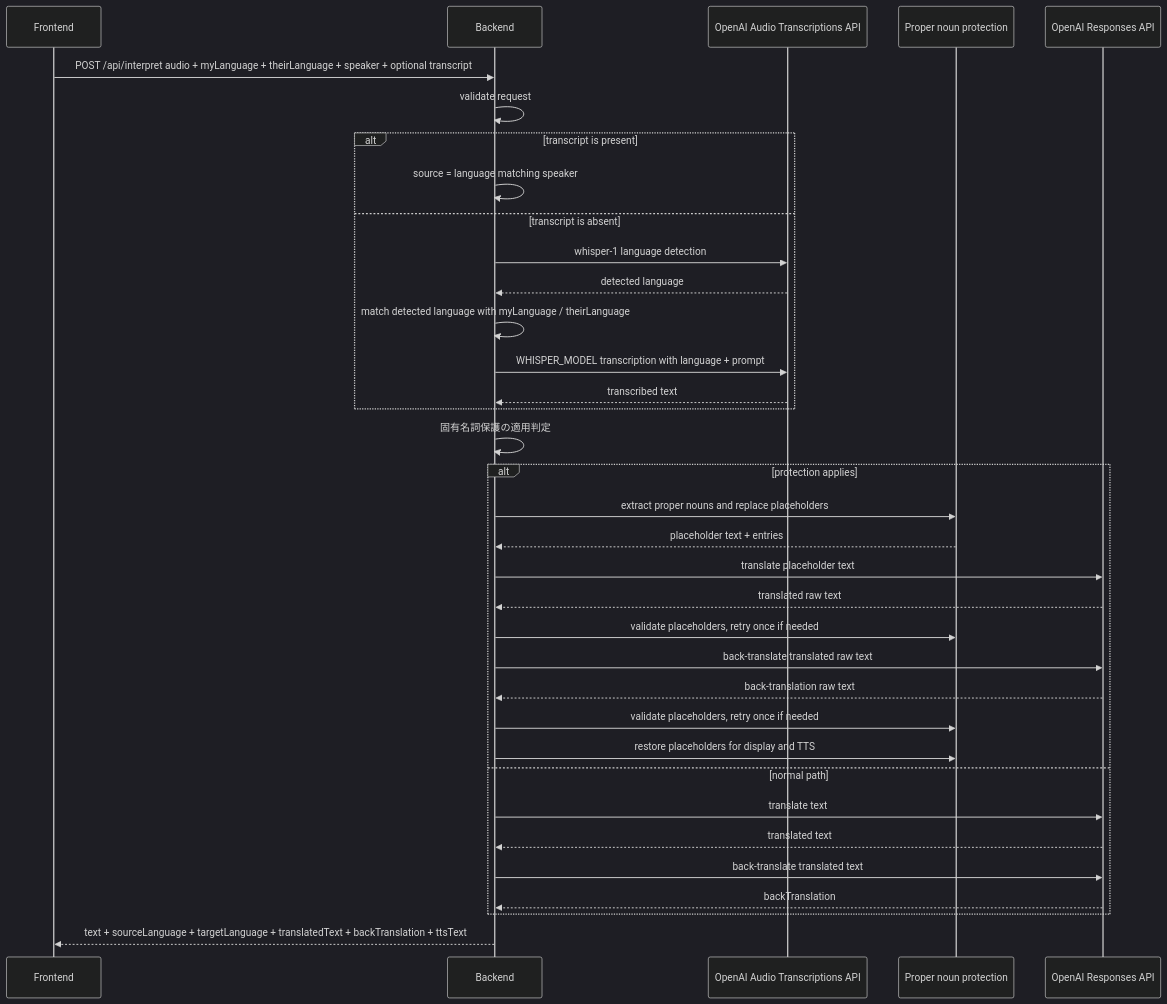
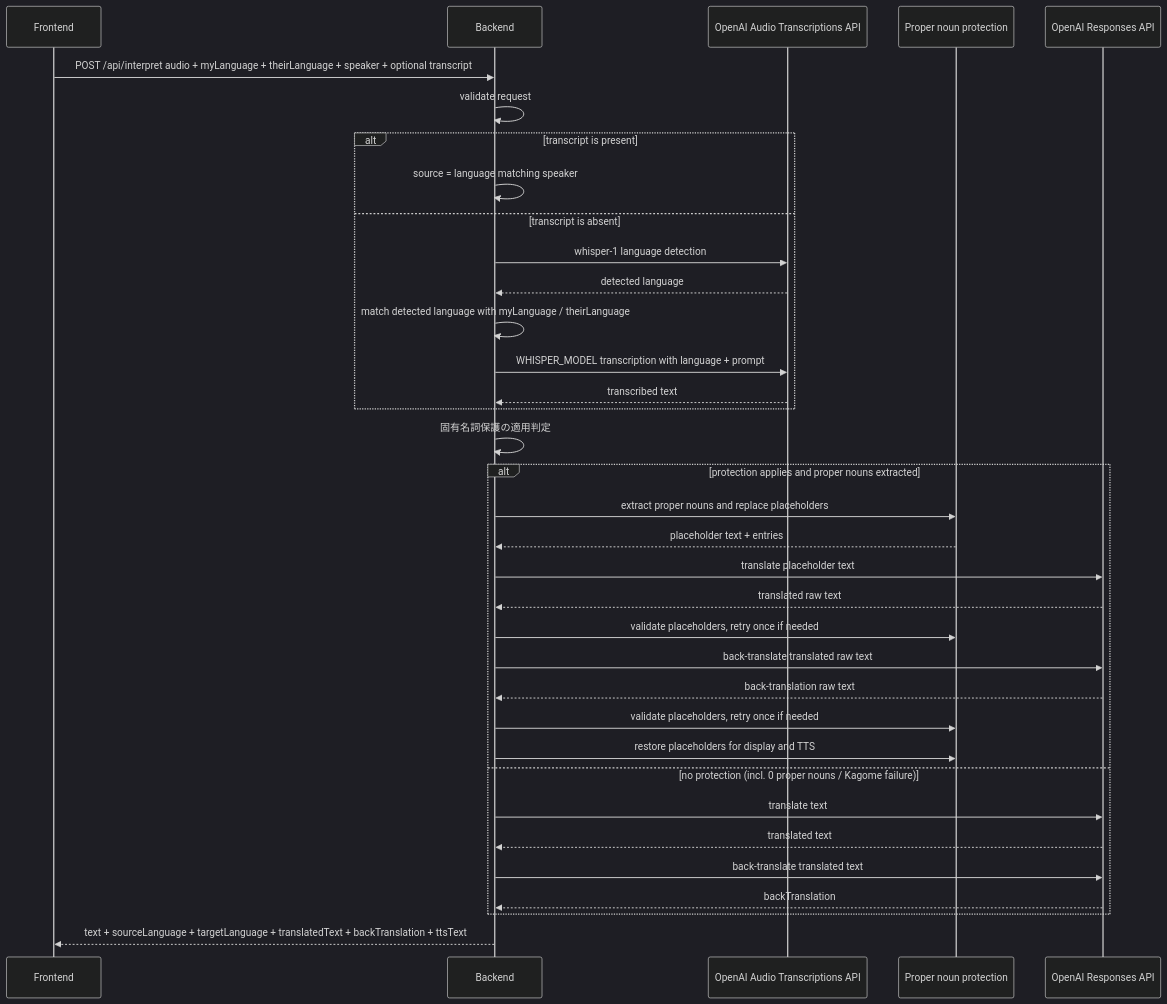
One commit to shin-arita/gotalk changed the second of 3 diagrams in docs/architecture.md. Above: the diagram before and after it, drawn with Mermaid (dark theme). The commit also changed other lines of this file and 12 other files, not shown here.

````diff
--- a/docs/architecture.md
+++ b/docs/architecture.md
@@ -117,38 +117,38 @@
 ```mermaid
 sequenceDiagram
   participant FE as Frontend
   participant BE as Backend
   participant WH as OpenAI Audio Transcriptions API
   participant PN as Proper noun protection
   participant OA as OpenAI Responses API
 
   FE->>BE: POST /api/interpret audio + myLanguage + theirLanguage + speaker + optional transcript
   BE->>BE: validate request
   alt transcript is present
     BE->>BE: source = language matching speaker
   else transcript is absent
     BE->>WH: whisper-1 language detection
     WH-->>BE: detected language
     BE->>BE: match detected language with myLanguage / theirLanguage
     BE->>WH: WHISPER_MODEL transcription with language + prompt
     WH-->>BE: transcribed text
   end
   BE->>BE: 固有名詞保護の適用判定
-  alt protection applies
+  alt protection applies and proper nouns extracted
     BE->>PN: extract proper nouns and replace placeholders
     PN-->>BE: placeholder text + entries
     BE->>OA: translate placeholder text
     OA-->>BE: translated raw text
     BE->>PN: validate placeholders, retry once if needed
     BE->>OA: back-translate translated raw text
     OA-->>BE: back-translation raw text
     BE->>PN: validate placeholders, retry once if needed
     BE->>PN: restore placeholders for display and TTS
-  else normal path
+  else no protection (incl. 0 proper nouns / Kagome failure)
     BE->>OA: translate text
     OA-->>BE: translated text
     BE->>OA: back-translate translated text
     OA-->>BE: backTranslation
   end
   BE-->>FE: text + sourceLanguage + targetLanguage + translatedText + backTranslation + ttsText
 ```
````
